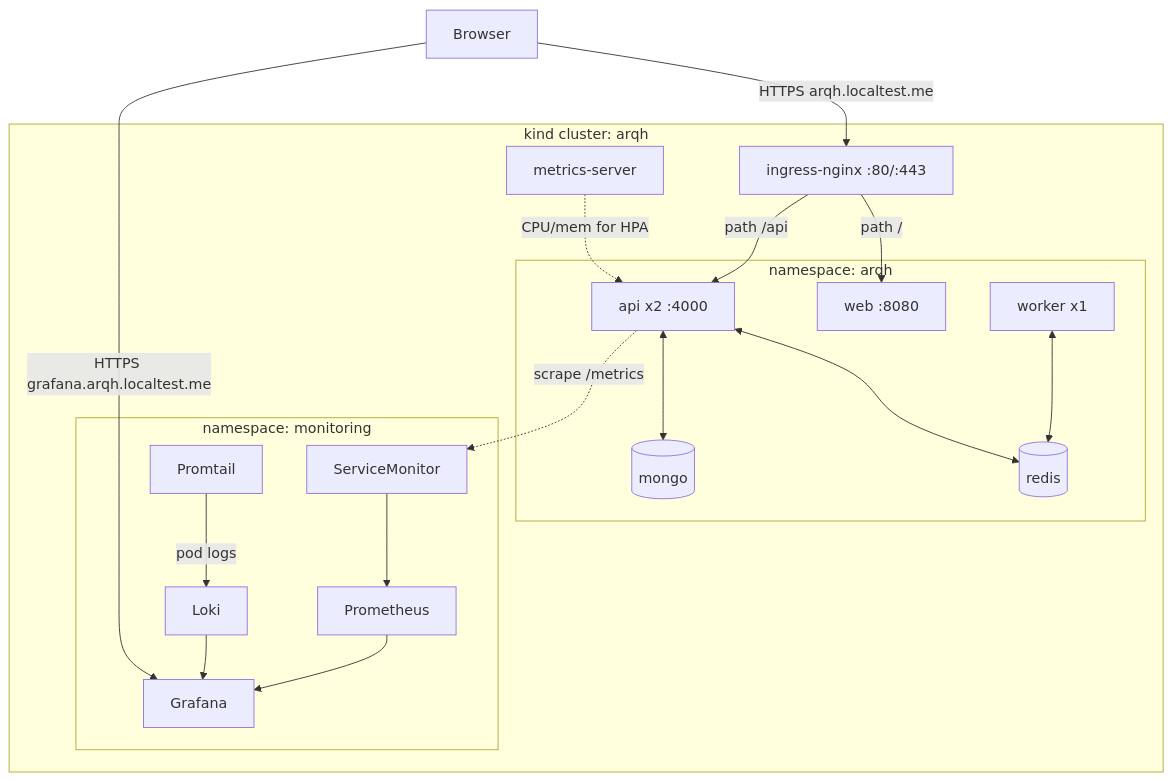
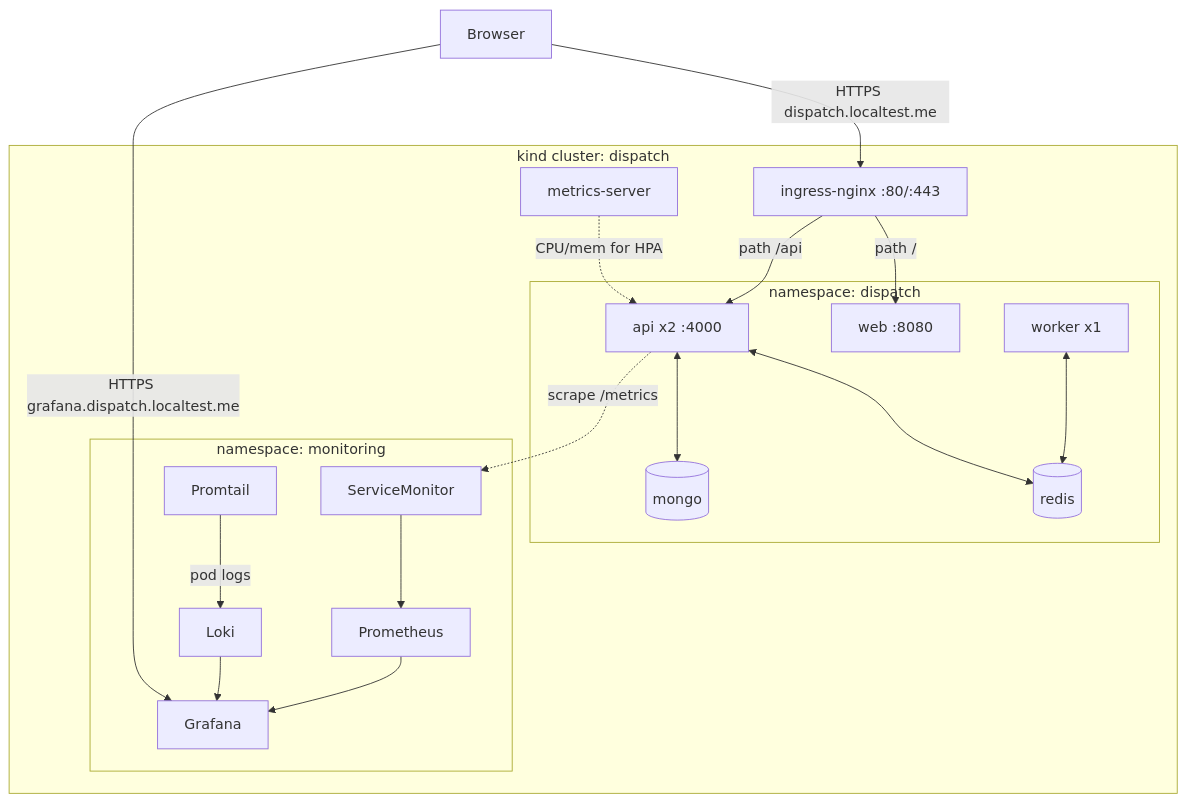
The first of 12 diagrams in README.md (eqan/Scalable-Fleet-Dispatcher), drawn with Mermaid before and after one commit. The commit also changed other lines of this file and 75 other files, not shown here.

````diff
--- a/README.md
+++ b/README.md
@@ -320,42 +320,42 @@
 ```mermaid
 flowchart TB
   Browser["Browser"]
 
-  subgraph Kind["kind cluster: arqh"]
+  subgraph Kind["kind cluster: dispatch"]
     ING["ingress-nginx :80/:443"]
     MS["metrics-server"]
 
-    subgraph NS_ARQH["namespace: arqh"]
+    subgraph NS_ARQH["namespace: dispatch"]
       WEB["web :8080"]
       API["api x2 :4000"]
       WRK["worker x1"]
       REDIS[("redis")]
       MONGO[("mongo")]
     end
 
     subgraph NS_MON["namespace: monitoring"]
       SMO["ServiceMonitor"]
       PROM["Prometheus"]
       PT["Promtail"]
       LOKI["Loki"]
       GRAF["Grafana"]
     end
   end
 
-  Browser -->|HTTPS arqh.localtest.me| ING
-  Browser -->|HTTPS grafana.arqh.localtest.me| GRAF
+  Browser -->|HTTPS dispatch.localtest.me| ING
+  Browser -->|HTTPS grafana.dispatch.localtest.me| GRAF
 
   ING -->|path /| WEB
   ING -->|path /api| API
 
   API <--> REDIS
   API <--> MONGO
   WRK <--> REDIS
 
   API -.->|scrape /metrics| SMO
   SMO --> PROM
   PT -->|pod logs| LOKI
   PROM --> GRAF
   LOKI --> GRAF
   MS -.->|CPU/mem for HPA| API
 ```
````
